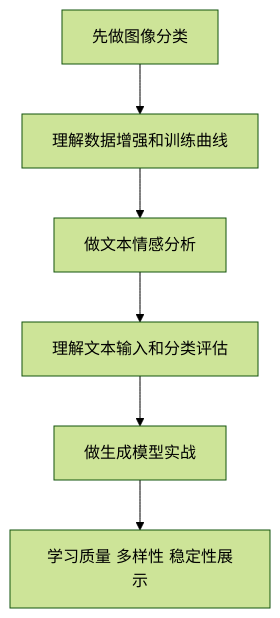
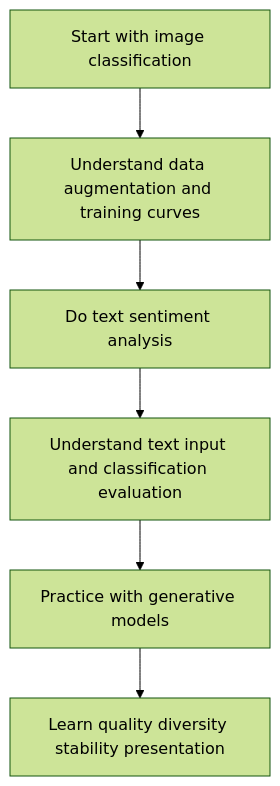
The diagram in docs/ch06-deep-learning/ch08-projects/00-roadmap.md (oudbiao/AI-fullstack-course), drawn with Mermaid (forest theme) before and after one commit. The commit also changed other lines of this file and 1406 other files, not shown here.

````diff
--- a/docs/ch06-deep-learning/ch08-projects/00-roadmap.md
+++ b/docs/ch06-deep-learning/ch08-projects/00-roadmap.md
@@ -34,8 +34,8 @@
 ```mermaid
 flowchart TD
-  A[先做图像分类] --> B[理解数据增强和训练曲线]
-  B --> C[做文本情感分析]
-  C --> D[理解文本输入和分类评估]
-  D --> E[做生成模型实战]
-  E --> F[学习质量 多样性 稳定性展示]
+  A[Start with image classification] --> B[Understand data augmentation and training curves]
+  B --> C[Do text sentiment analysis]
+  C --> D[Understand text input and classification evaluation]
+  D --> E[Practice with generative models]
+  E --> F[Learn quality diversity stability presentation]
 ```
````
